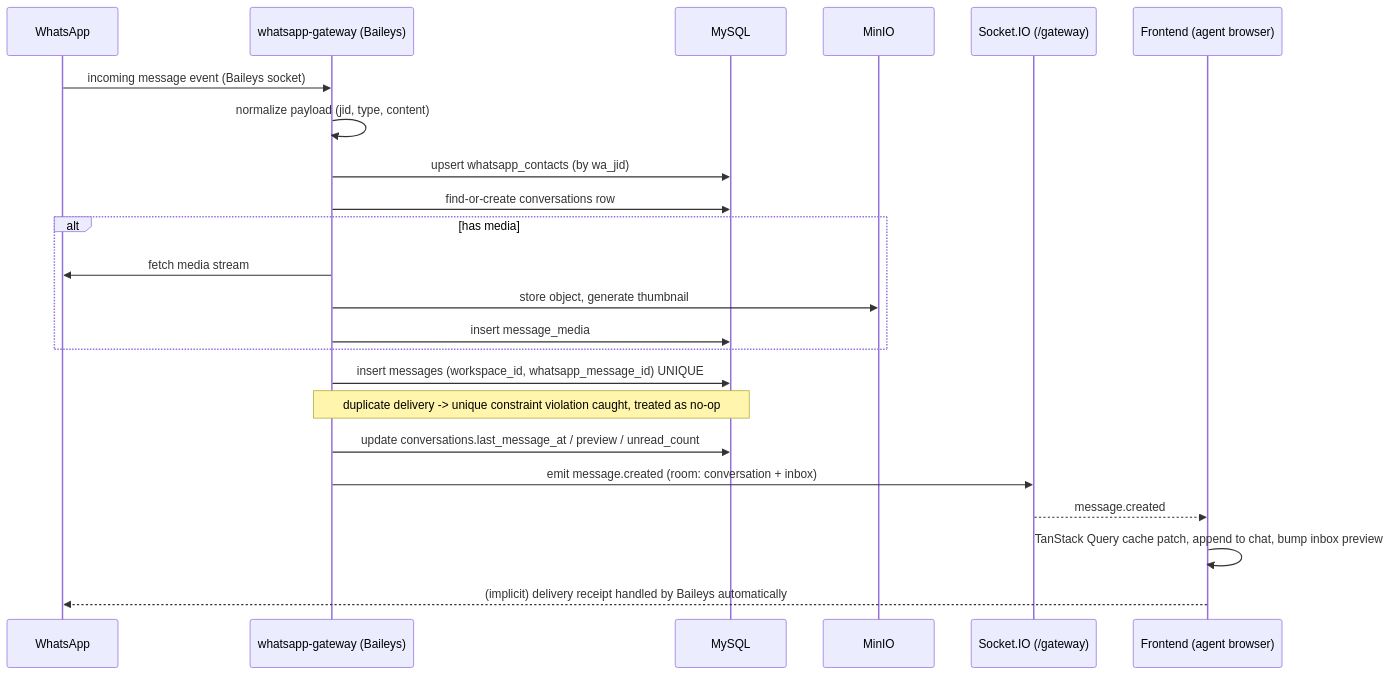
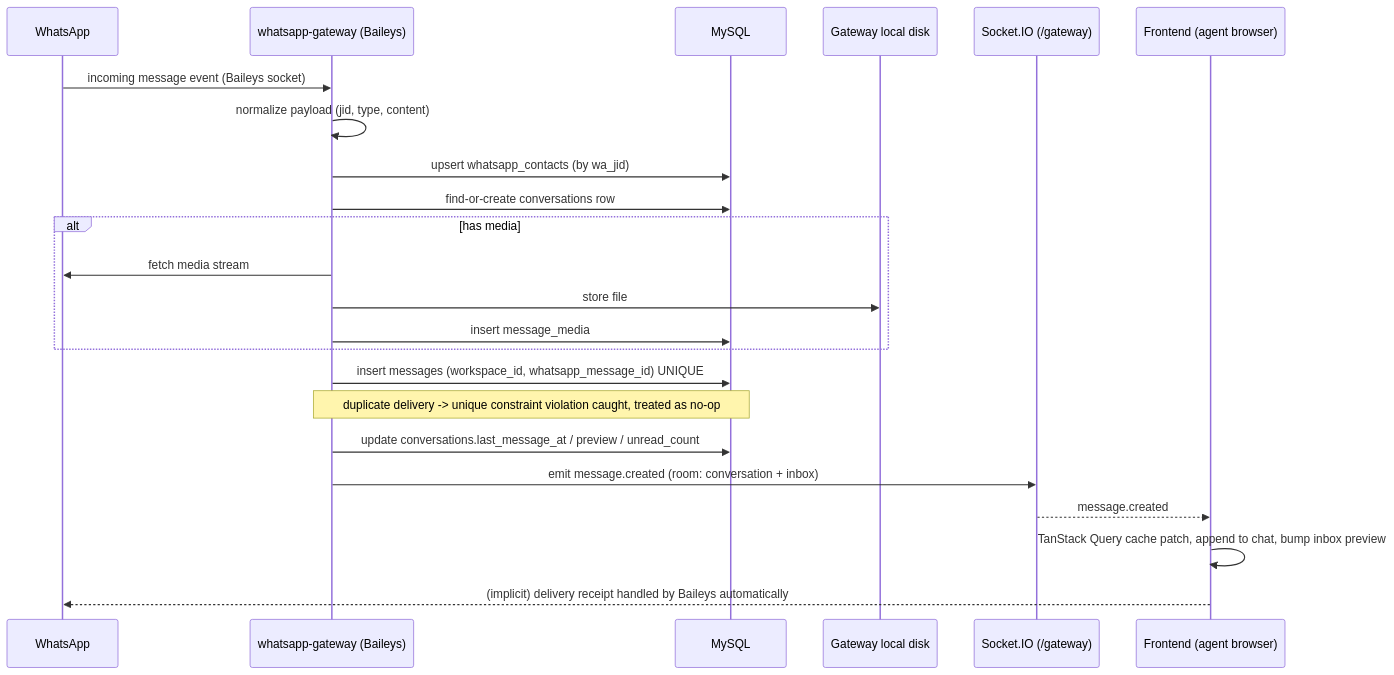
One commit to mhd-afrij/Whatsapp_CRM changed the first of 6 diagrams in docs/11-key-flows.md. Above: the diagram before and after it, drawn with Mermaid. The commit also changed 12136 other files, not shown here.

````diff
--- a/docs/11-key-flows.md
+++ b/docs/11-key-flows.md
@@ -9,26 +9,26 @@
 ```mermaid
 sequenceDiagram
     participant WA as WhatsApp
     participant GW as whatsapp-gateway (Baileys)
     participant DB as MySQL
-    participant MinIO as MinIO
+    participant Disk as Gateway local disk
     participant SIO as Socket.IO (/gateway)
     participant FE as Frontend (agent browser)
 
     WA->>GW: incoming message event (Baileys socket)
     GW->>GW: normalize payload (jid, type, content)
     GW->>DB: upsert whatsapp_contacts (by wa_jid)
     GW->>DB: find-or-create conversations row
     alt has media
         GW->>WA: fetch media stream
-        GW->>MinIO: store object, generate thumbnail
+        GW->>Disk: store file
         GW->>DB: insert message_media
     end
     GW->>DB: insert messages (workspace_id, whatsapp_message_id) UNIQUE
     Note over GW,DB: duplicate delivery -> unique constraint violation caught, treated as no-op
     GW->>DB: update conversations.last_message_at / preview / unread_count
     GW->>SIO: emit message.created (room: conversation + inbox)
     SIO-->>FE: message.created
     FE->>FE: TanStack Query cache patch, append to chat, bump inbox preview
     FE-->>WA: (implicit) delivery receipt handled by Baileys automatically
 ```
````
